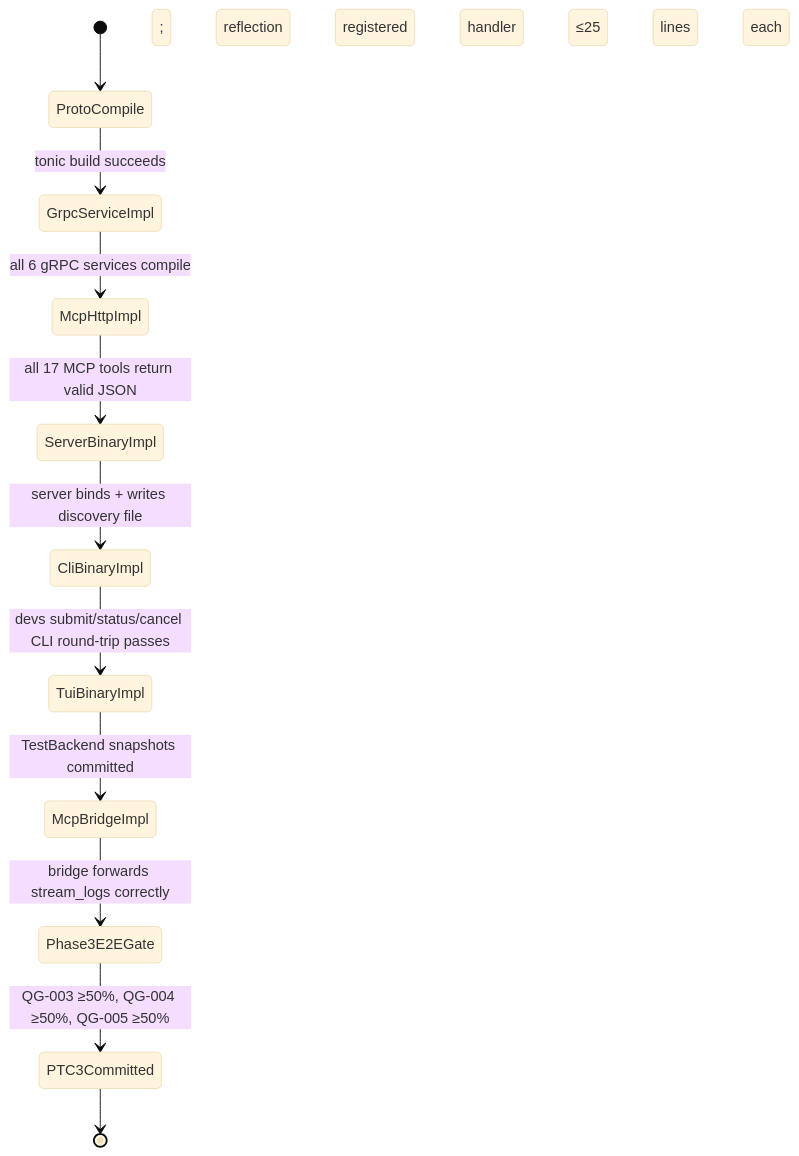
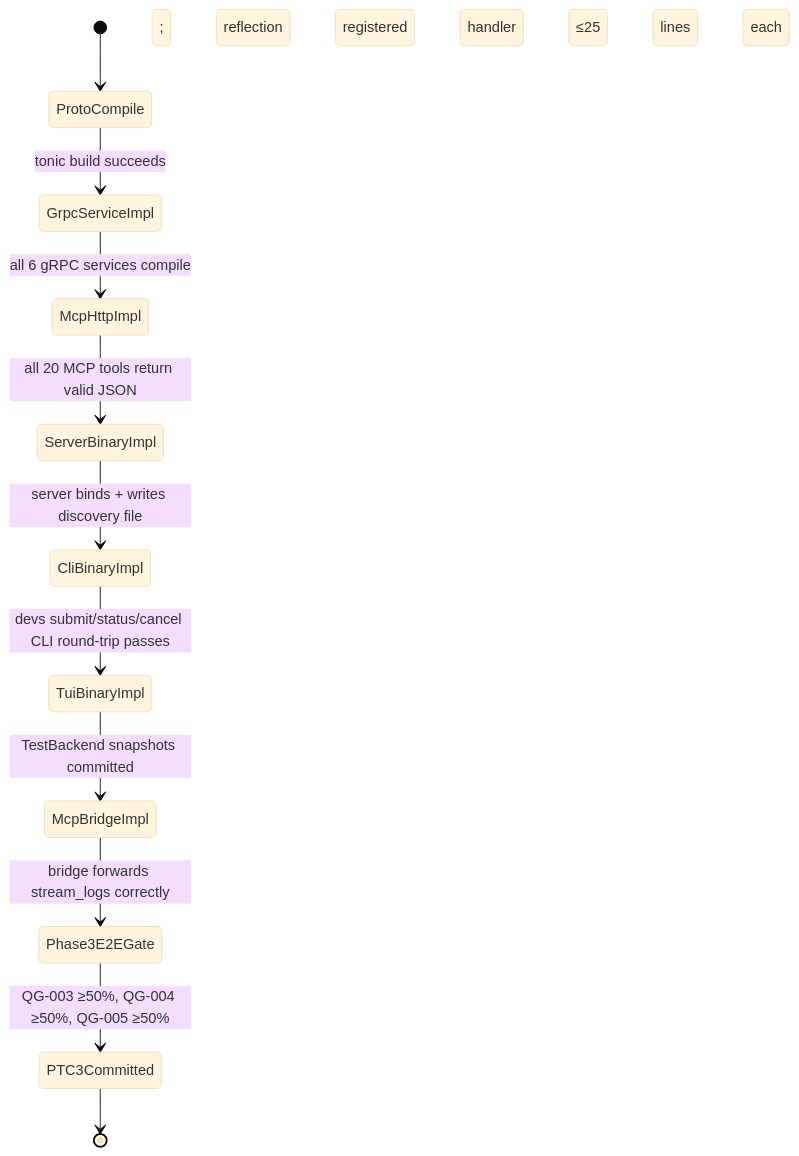
One commit to spwilson27/devs changed diagram 14 of 23 in docs/plan/specs/9_project_roadmap.md. Above: the diagram before and after it, drawn with Mermaid (base theme). The commit also changed other lines of this file and 795 other files, not shown here.

````diff
--- a/docs/plan/specs/9_project_roadmap.md
+++ b/docs/plan/specs/9_project_roadmap.md
@@ -2092,13 +2093,13 @@
 ```mermaid
 stateDiagram-v2
     [*] --> ProtoCompile
     ProtoCompile --> GrpcServiceImpl : tonic build succeeds; reflection registered
     GrpcServiceImpl --> McpHttpImpl : all 6 gRPC services compile; handler ≤25 lines each
-    McpHttpImpl --> ServerBinaryImpl : all 17 MCP tools return valid JSON
+    McpHttpImpl --> ServerBinaryImpl : all 20 MCP tools return valid JSON
     ServerBinaryImpl --> CliBinaryImpl : server binds + writes discovery file
     CliBinaryImpl --> TuiBinaryImpl : devs submit/status/cancel CLI round-trip passes
     TuiBinaryImpl --> McpBridgeImpl : TestBackend snapshots committed
     McpBridgeImpl --> Phase3E2EGate : bridge forwards stream_logs correctly
     Phase3E2EGate --> PTC3Committed : QG-003 ≥50%, QG-004 ≥50%, QG-005 ≥50%
     PTC3Committed --> [*]
 ```
````
